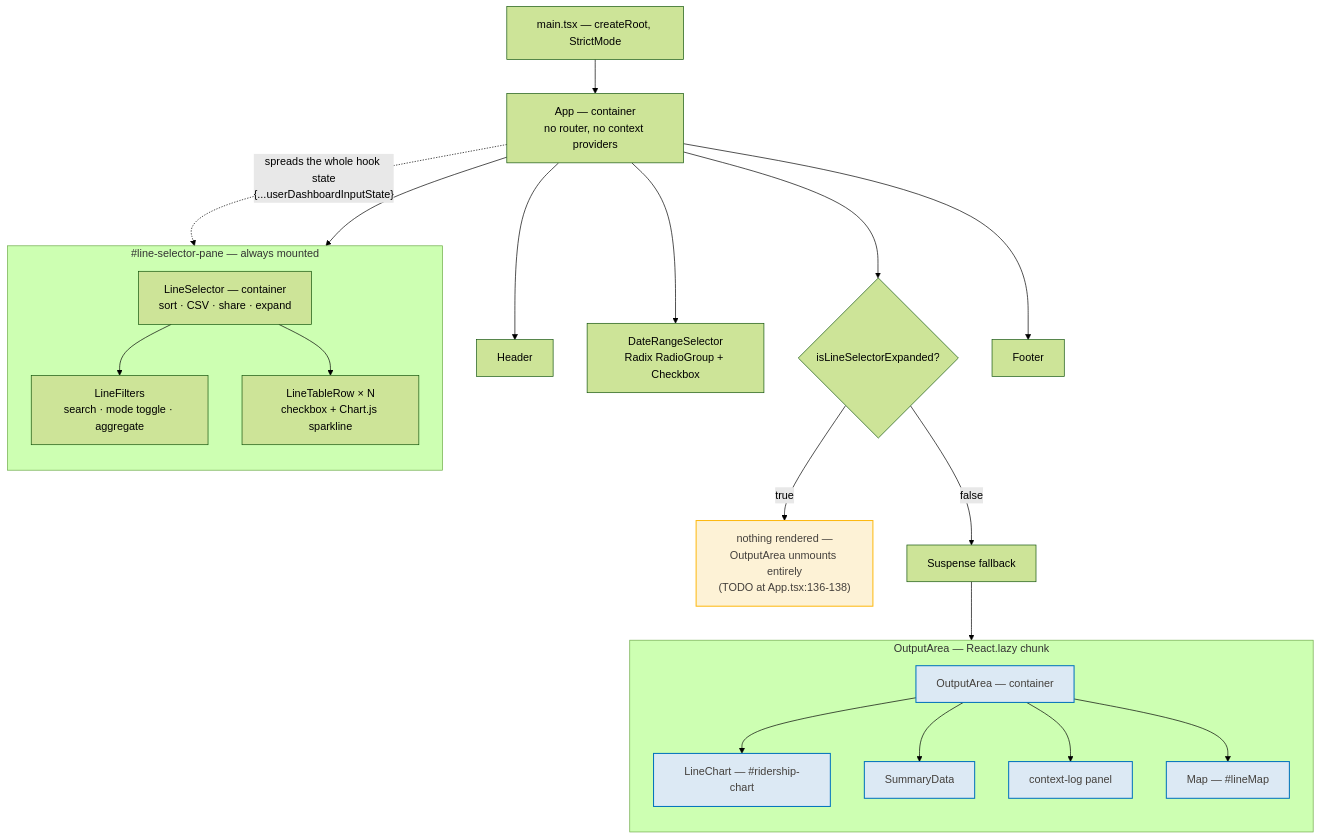
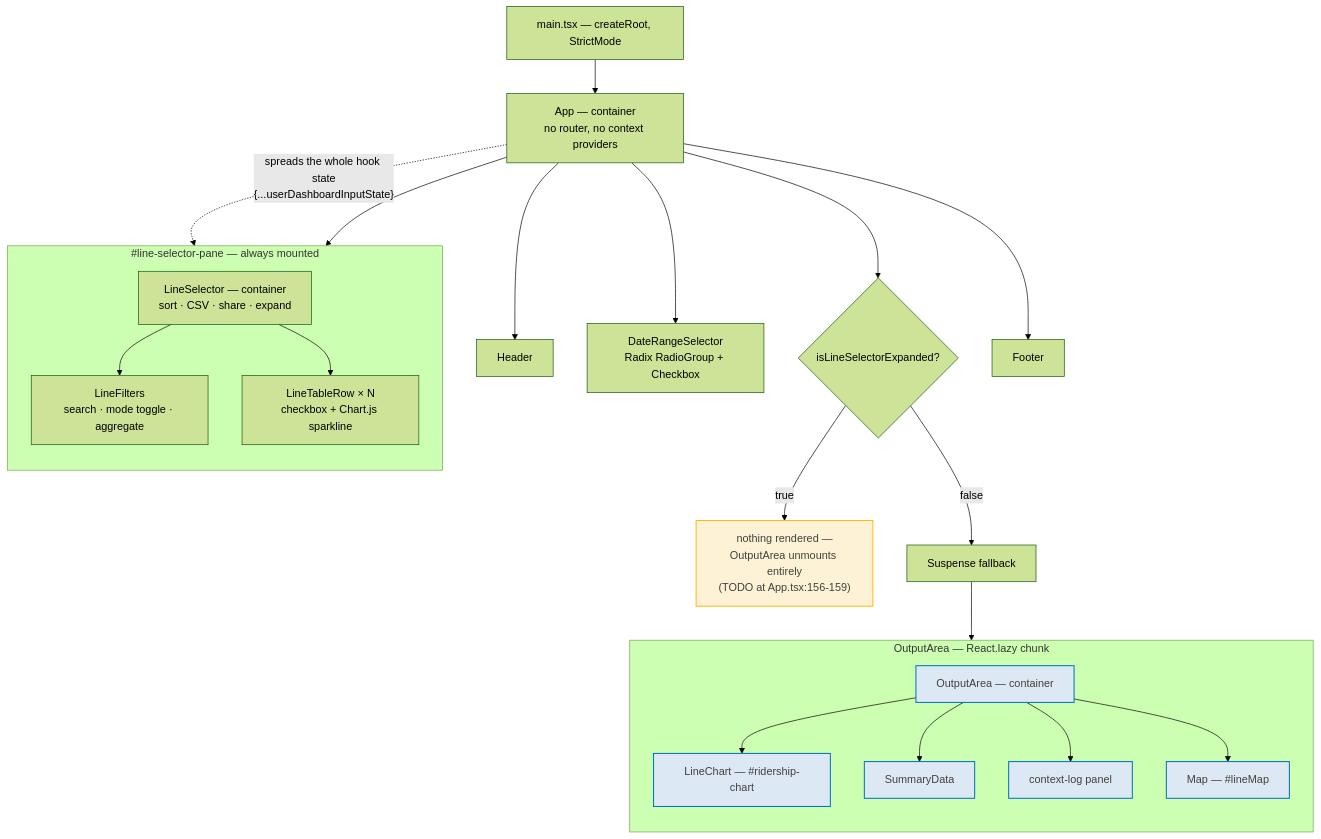
One commit to streetsforall/metro_ridership_app changed the diagram in docs/architecture/mermaid/07-component-tree.mmd. Above: the diagram before and after it, drawn with Mermaid (forest theme). The commit also changed 11 other files, not shown here.

```diff
--- a/docs/architecture/mermaid/07-component-tree.mmd
+++ b/docs/architecture/mermaid/07-component-tree.mmd
@@ -1,49 +1,49 @@
 flowchart TB
   main["main.tsx — createRoot, StrictMode"]
   app["App — container<br/>no router, no context providers"]
   header["Header"]
   drs["DateRangeSelector<br/>Radix RadioGroup + Checkbox"]
 
   subgraph leftPane["#line-selector-pane — always mounted"]
     direction TB
     ls["LineSelector — container<br/>sort · CSV · share · expand"]
     lf["LineFilters<br/>search · mode toggle · aggregate"]
     ltr["LineTableRow × N<br/>checkbox + Chart.js sparkline"]
     ls --> lf
     ls --> ltr
   end
 
   gate{"isLineSelectorExpanded?"}
-  unmounted["nothing rendered —<br/>OutputArea unmounts entirely<br/>(TODO at App.tsx:136-138)"]
+  unmounted["nothing rendered —<br/>OutputArea unmounts entirely<br/>(TODO at App.tsx:156-159)"]
   susp["Suspense fallback"]
 
   subgraph rightPane["OutputArea — React.lazy chunk"]
     direction TB
     oa["OutputArea — container"]
     chart["LineChart — #ridership-chart"]
     summary["SummaryData"]
     ctxlog["context-log panel"]
     mapCmp["Map — #lineMap"]
     oa --> chart
     oa --> summary
     oa --> ctxlog
     oa --> mapCmp
   end
 
   footer["Footer"]
 
   main --> app
   app --> header
   app --> drs
   app --> leftPane
   app --> gate
   gate -- "true" --> unmounted
   gate -- "false" --> susp --> oa
   app --> footer
 
   app -. "spreads the whole hook state<br/>{...userDashboardInputState}" .-> ls
 
   classDef structural fill:#dce9f4,stroke:#0072bc,stroke-width:1.5px,color:#44403c
   classDef pending fill:#fdf2d6,stroke:#fdb913,stroke-width:1.5px,color:#44403c
   class oa,chart,summary,ctxlog,mapCmp structural
   class unmounted pending
```
